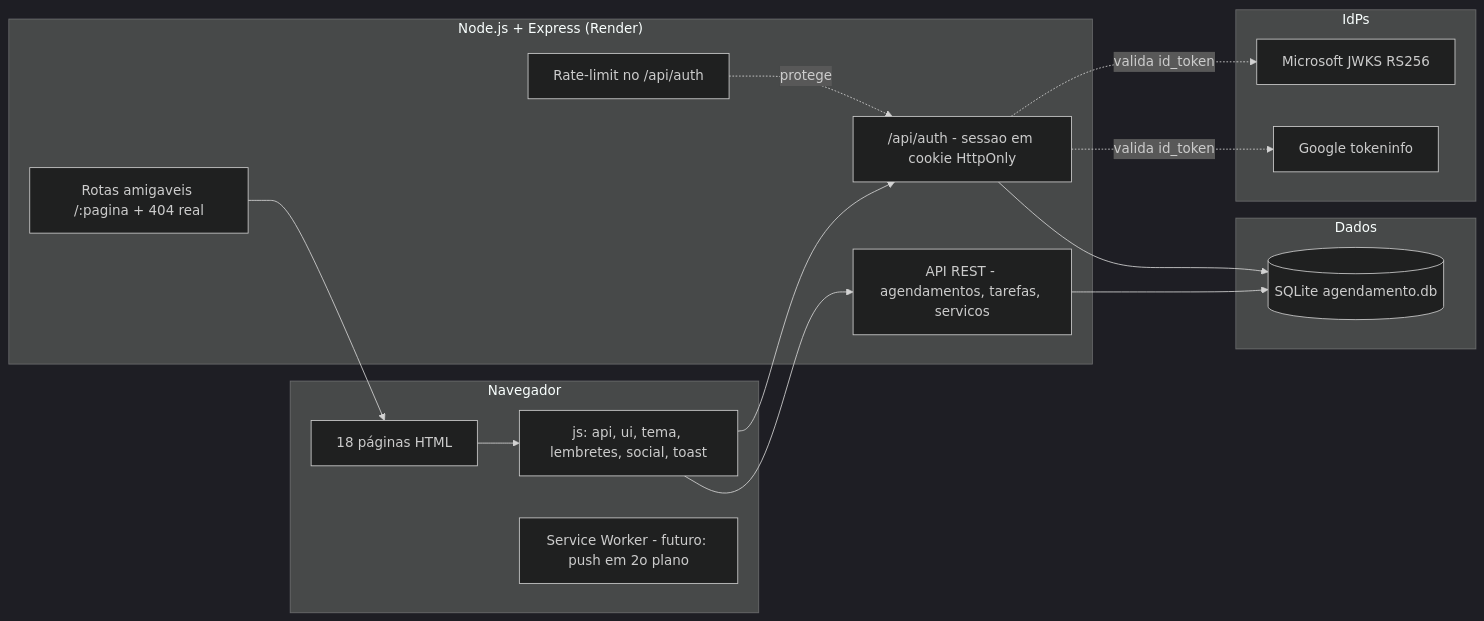
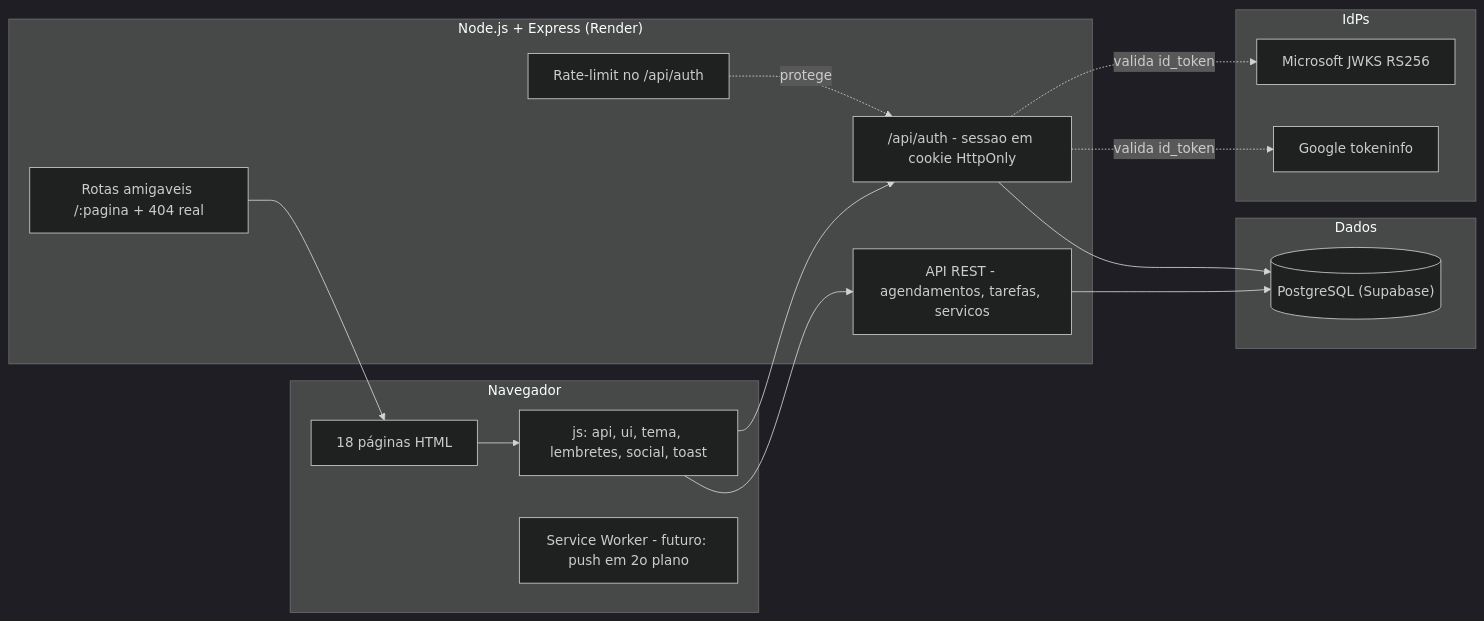
The first of 9 diagrams in DIAGRAMAS.md (mateusACM/SAOPS), drawn with Mermaid (dark theme) before and after one commit. The commit also changed other lines of this file and 12 other files, not shown here.

First line of the commit message:
Migra SQLite -> PostgreSQL (Supabase)

````diff
--- a/DIAGRAMAS.md
+++ b/DIAGRAMAS.md
@@ -9,30 +9,30 @@
 ```mermaid
 flowchart LR
     subgraph Navegador
         P["18 páginas HTML"]
         JS["js: api, ui, tema, lembretes, social, toast"]
         SW["Service Worker - futuro: push em 2o plano"]
     end
     subgraph "Node.js + Express (Render)"
         R["Rotas amigaveis /:pagina + 404 real"]
         API["API REST - agendamentos, tarefas, servicos"]
         AUTH["/api/auth - sessao em cookie HttpOnly"]
         LIM["Rate-limit no /api/auth"]
     end
     subgraph Dados
-        DB[("SQLite agendamento.db")]
+        DB[("PostgreSQL (Supabase)")]
     end
     subgraph IdPs
         G["Google tokeninfo"]
         M["Microsoft JWKS RS256"]
     end
     P --> JS
     JS --> API
     JS --> AUTH
     API --> DB
     AUTH --> DB
     AUTH -. valida id_token .-> G
     AUTH -. valida id_token .-> M
     R --> P
     LIM -. protege .-> AUTH
 ```
````
